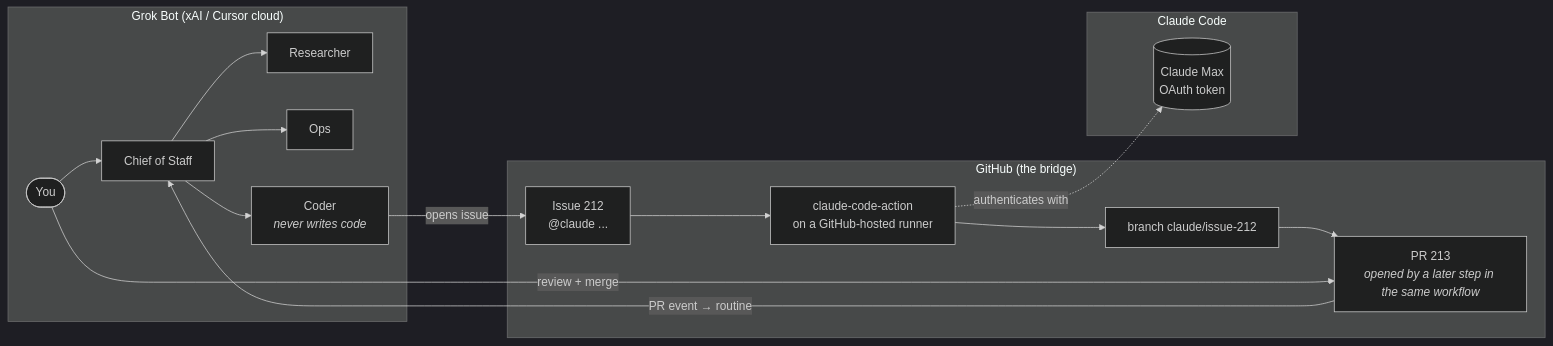
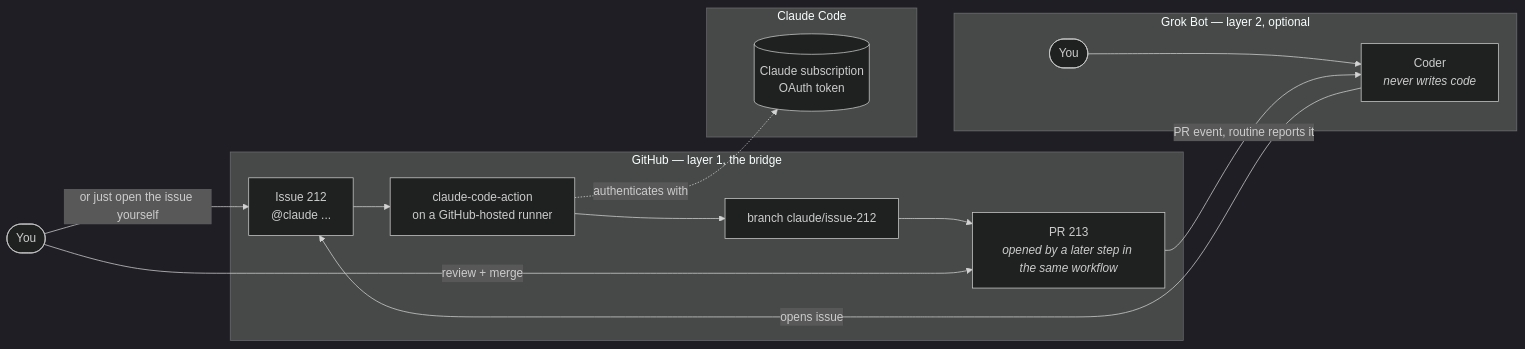
One commit to mathew-builds/Handoff changed the diagram in README.md. Above: the diagram before and after it, drawn with Mermaid (dark theme). The commit also changed other lines of this file, not shown here.

````diff
--- a/README.md
+++ b/README.md
@@ -13,26 +34,24 @@
 ```mermaid
 flowchart LR
-    subgraph GB["Grok Bot (xAI / Cursor cloud)"]
-        YOU([You]) --> COS[Chief of Staff]
-        COS --> RES[Researcher]
-        COS --> OPS[Ops]
-        COS --> CODER[Coder<br/><i>never writes code</i>]
-    end
-
-    subgraph GH["GitHub (the bridge)"]
+    subgraph GH["GitHub — layer 1, the bridge"]
         ISSUE[Issue 212<br/>@claude ...]
         ACTION[claude-code-action<br/>on a GitHub-hosted runner]
         BRANCH[branch claude/issue-212]
         PR[PR 213<br/><i>opened by a later step in the same workflow</i>]
         ISSUE --> ACTION --> BRANCH --> PR
     end
 
     subgraph CC["Claude Code"]
-        MAX[(Claude Max<br/>OAuth token)]
+        MAX[(Claude subscription<br/>OAuth token)]
     end
 
+    subgraph GB["Grok Bot — layer 2, optional"]
+        YOU([You]) --> CODER[Coder<br/><i>never writes code</i>]
+    end
+
+    YOU2([You]) -- "or just open the issue yourself" --> ISSUE
     CODER -- "opens issue" --> ISSUE
     ACTION -. "authenticates with" .-> MAX
-    PR -- "PR event → routine" --> COS
-    YOU -- "review + merge" --> PR
+    PR -- "PR event, routine reports it" --> CODER
+    YOU2 -- "review + merge" --> PR
 ```
````
